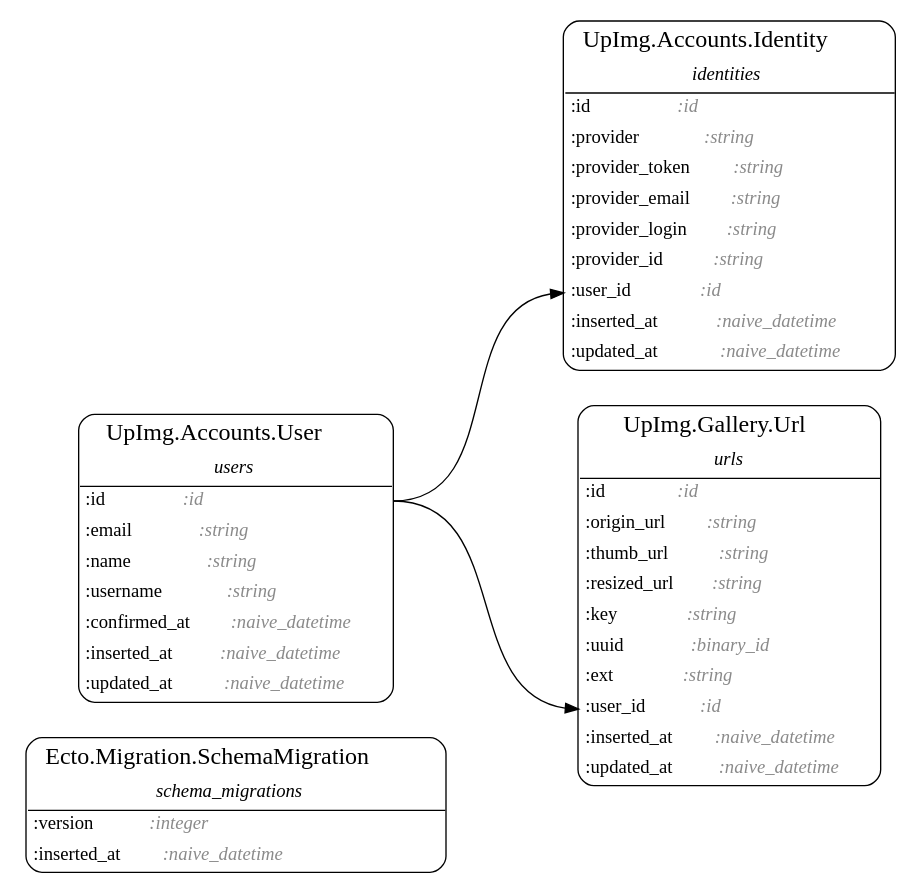
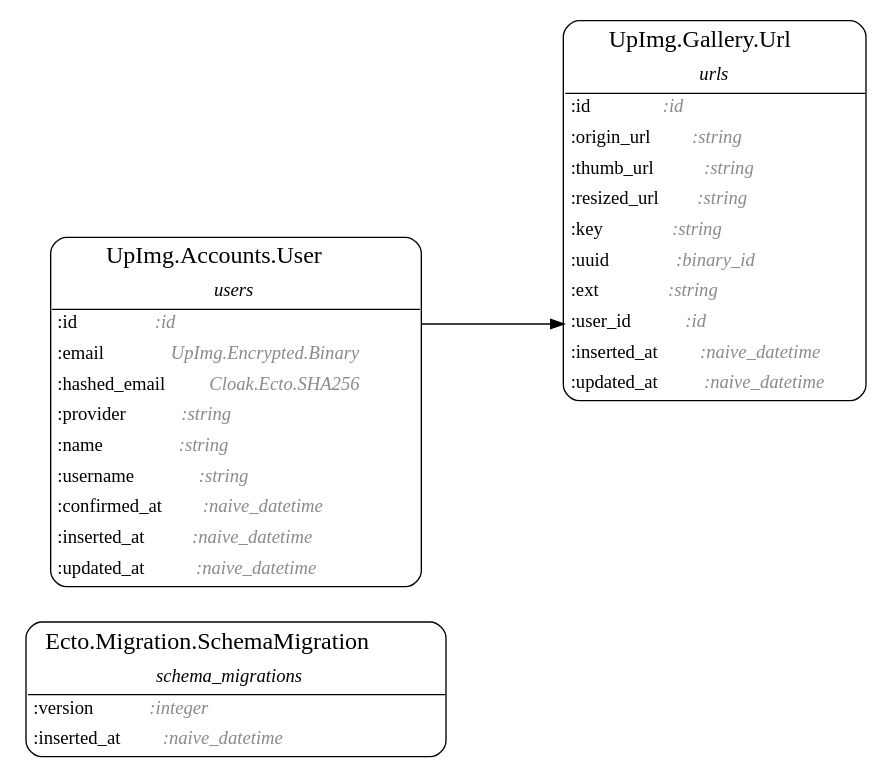
The diagram in ecto_erd.dot (ndrean/UpImage), drawn with Graphviz before and after one commit. The commit also changed 3 other files, not shown here.

```diff
--- a/ecto_erd.dot
+++ b/ecto_erd.dot
@@ -1,11 +1,9 @@
 digraph {
   ranksep=1.0; rankdir=LR;
   node [shape = none, fontname="Roboto Mono"];
   "Ecto.Migration.SchemaMigration" [label= <<table align='left' border='1' style='rounded' cellspacing='0' cellpadding='4' cellborder='0'><tr><td port='header@schema_module'><font point-size='18'>   Ecto.Migration.SchemaMigration   </font></td></tr><tr><td border='1' sides='b' colspan='2'><font point-size='14'><i>schema_migrations</i></font></td></tr><tr><td align='left' port='field@version'>:version         <i><font color='gray54'>:integer            </font></i></td></tr><tr><td align='left' port='field@inserted_at'>:inserted_at     <i><font color='gray54'>:naive_datetime     </font></i></td></tr></table>>]
-  "UpImg.Accounts.Identity" [label= <<table align='left' border='1' style='rounded' cellspacing='0' cellpadding='4' cellborder='0'><tr><td port='header@schema_module'><font point-size='18'>   UpImg.Accounts.Identity   </font></td></tr><tr><td border='1' sides='b' colspan='2'><font point-size='14'><i>identities</i></font></td></tr><tr><td align='left' port='field@id'>:id                 <i><font color='gray54'>:id                 </font></i></td></tr><tr><td align='left' port='field@provider'>:provider           <i><font color='gray54'>:string             </font></i></td></tr><tr><td align='left' port='field@provider_token'>:provider_token     <i><font color='gray54'>:string             </font></i></td></tr><tr><td align='left' port='field@provider_email'>:provider_email     <i><font color='gray54'>:string             </font></i></td></tr><tr><td align='left' port='field@provider_login'>:provider_login     <i><font color='gray54'>:string             </font></i></td></tr><tr><td align='left' port='field@provider_id'>:provider_id        <i><font color='gray54'>:string             </font></i></td></tr><tr><td align='left' port='field@user_id'>:user_id            <i><font color='gray54'>:id                 </font></i></td></tr><tr><td align='left' port='field@inserted_at'>:inserted_at        <i><font color='gray54'>:naive_datetime     </font></i></td></tr><tr><td align='left' port='field@updated_at'>:updated_at         <i><font color='gray54'>:naive_datetime     </font></i></td></tr></table>>]
-  "UpImg.Accounts.User" [label= <<table align='left' border='1' style='rounded' cellspacing='0' cellpadding='4' cellborder='0'><tr><td port='header@schema_module'><font point-size='18'>   UpImg.Accounts.User   </font></td></tr><tr><td border='1' sides='b' colspan='2'><font point-size='14'><i>users</i></font></td></tr><tr><td align='left' port='field@id'>:id               <i><font color='gray54'>:id                 </font></i></td></tr><tr><td align='left' port='field@email'>:email            <i><font color='gray54'>:string             </font></i></td></tr><tr><td align='left' port='field@name'>:name             <i><font color='gray54'>:string             </font></i></td></tr><tr><td align='left' port='field@username'>:username         <i><font color='gray54'>:string             </font></i></td></tr><tr><td align='left' port='field@confirmed_at'>:confirmed_at     <i><font color='gray54'>:naive_datetime     </font></i></td></tr><tr><td align='left' port='field@inserted_at'>:inserted_at      <i><font color='gray54'>:naive_datetime     </font></i></td></tr><tr><td align='left' port='field@updated_at'>:updated_at       <i><font color='gray54'>:naive_datetime     </font></i></td></tr></table>>]
+  "UpImg.Accounts.User" [label= <<table align='left' border='1' style='rounded' cellspacing='0' cellpadding='4' cellborder='0'><tr><td port='header@schema_module'><font point-size='18'>   UpImg.Accounts.User   </font></td></tr><tr><td border='1' sides='b' colspan='2'><font point-size='14'><i>users</i></font></td></tr><tr><td align='left' port='field@id'>:id               <i><font color='gray54'>:id                        </font></i></td></tr><tr><td align='left' port='field@email'>:email            <i><font color='gray54'>UpImg.Encrypted.Binary     </font></i></td></tr><tr><td align='left' port='field@hashed_email'>:hashed_email     <i><font color='gray54'>Cloak.Ecto.SHA256          </font></i></td></tr><tr><td align='left' port='field@provider'>:provider         <i><font color='gray54'>:string                    </font></i></td></tr><tr><td align='left' port='field@name'>:name             <i><font color='gray54'>:string                    </font></i></td></tr><tr><td align='left' port='field@username'>:username         <i><font color='gray54'>:string                    </font></i></td></tr><tr><td align='left' port='field@confirmed_at'>:confirmed_at     <i><font color='gray54'>:naive_datetime            </font></i></td></tr><tr><td align='left' port='field@inserted_at'>:inserted_at      <i><font color='gray54'>:naive_datetime            </font></i></td></tr><tr><td align='left' port='field@updated_at'>:updated_at       <i><font color='gray54'>:naive_datetime            </font></i></td></tr></table>>]
   "UpImg.Gallery.Url" [label= <<table align='left' border='1' style='rounded' cellspacing='0' cellpadding='4' cellborder='0'><tr><td port='header@schema_module'><font point-size='18'>   UpImg.Gallery.Url   </font></td></tr><tr><td border='1' sides='b' colspan='2'><font point-size='14'><i>urls</i></font></td></tr><tr><td align='left' port='field@id'>:id              <i><font color='gray54'>:id                 </font></i></td></tr><tr><td align='left' port='field@origin_url'>:origin_url      <i><font color='gray54'>:string             </font></i></td></tr><tr><td align='left' port='field@thumb_url'>:thumb_url       <i><font color='gray54'>:string             </font></i></td></tr><tr><td align='left' port='field@resized_url'>:resized_url     <i><font color='gray54'>:string             </font></i></td></tr><tr><td align='left' port='field@key'>:key             <i><font color='gray54'>:string             </font></i></td></tr><tr><td align='left' port='field@uuid'>:uuid            <i><font color='gray54'>:binary_id          </font></i></td></tr><tr><td align='left' port='field@ext'>:ext             <i><font color='gray54'>:string             </font></i></td></tr><tr><td align='left' port='field@user_id'>:user_id         <i><font color='gray54'>:id                 </font></i></td></tr><tr><td align='left' port='field@inserted_at'>:inserted_at     <i><font color='gray54'>:naive_datetime     </font></i></td></tr><tr><td align='left' port='field@updated_at'>:updated_at      <i><font color='gray54'>:naive_datetime     </font></i></td></tr></table>>]
 
-  "UpImg.Accounts.User":"field@id":e -> "UpImg.Accounts.Identity":"field@user_id":w
   "UpImg.Accounts.User":"field@id":e -> "UpImg.Gallery.Url":"field@user_id":w
 }
```
